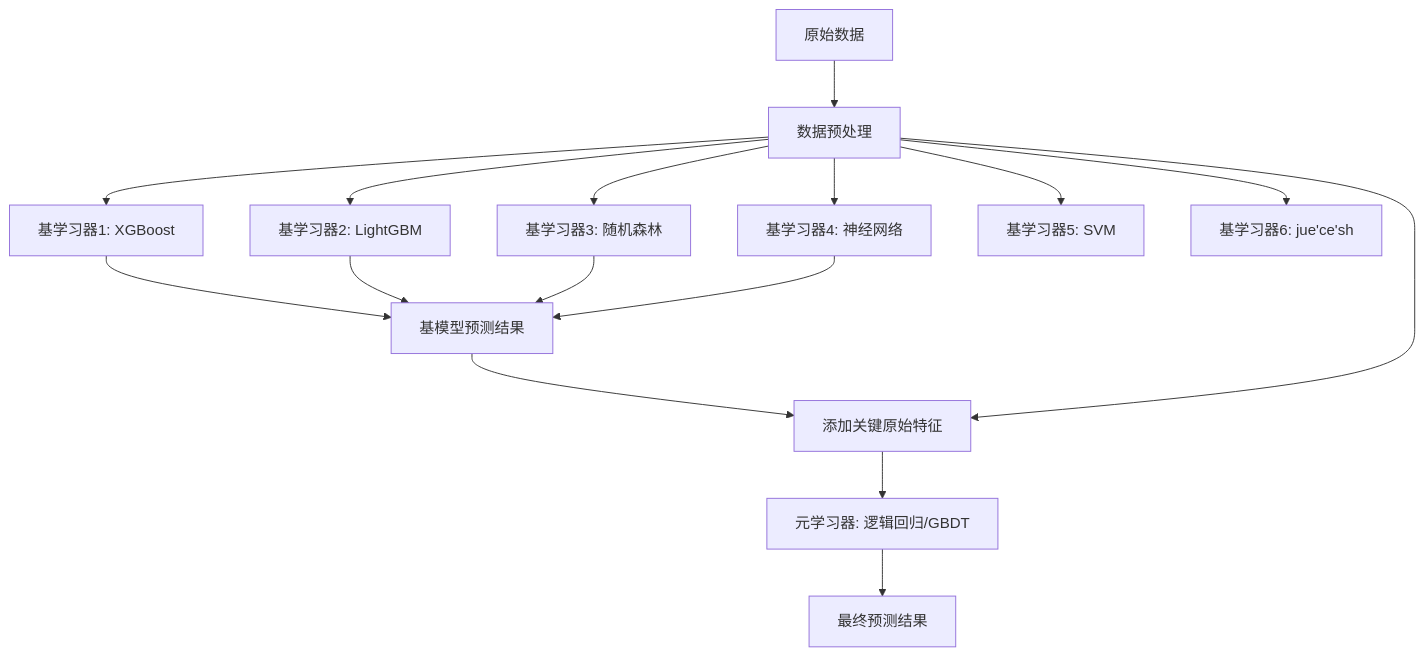
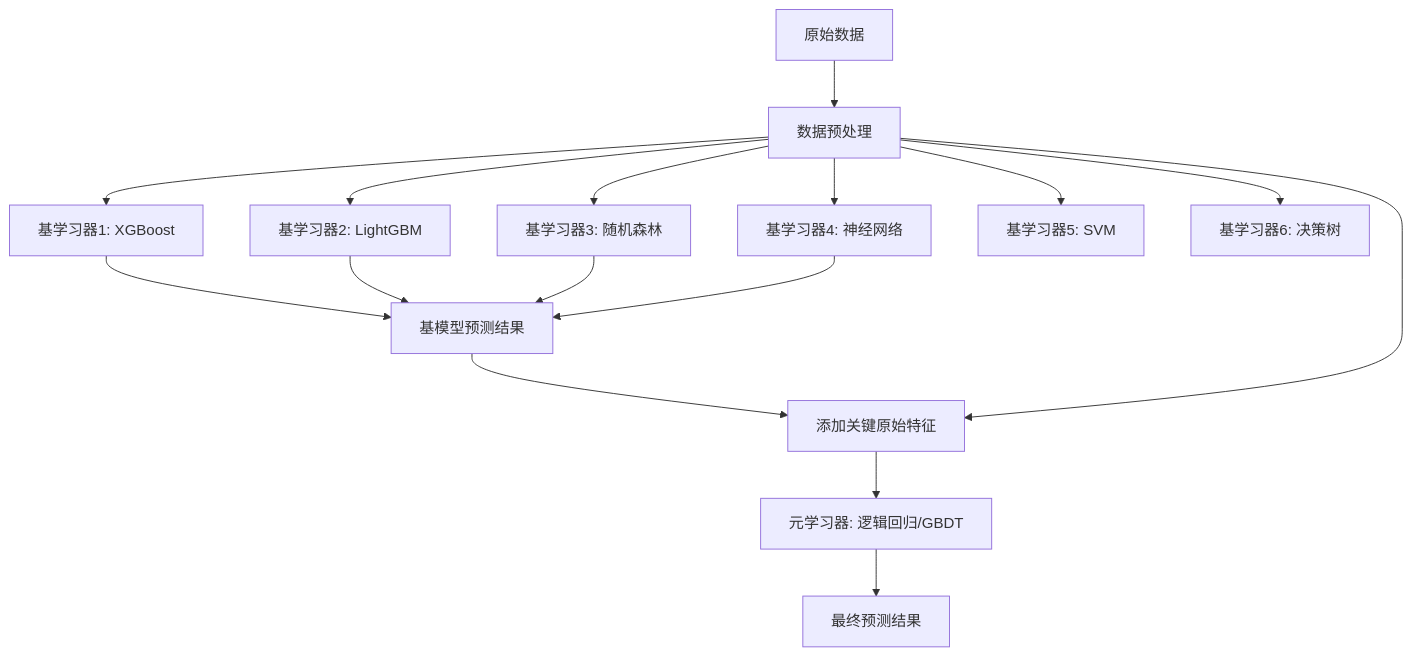
Before and after one commit to fromwhitetoblack/iodraw-files: the diagram in all/未命名.md, drawn with Mermaid.

Commit message:
2025-03-20 15:08:48 update

````diff
--- a/all/未命名.md
+++ b/all/未命名.md
@@ -1,18 +1,18 @@
 ```mermaid
 graph TD
     A[原始数据] --> B[数据预处理]
     B --> C1[基学习器1: XGBoost]
     B --> C2[基学习器2: LightGBM]
     B --> C3[基学习器3: 随机森林]
     B --> C4[基学习器4: 神经网络]
     B --> C5[基学习器5: SVM]
-    B --> C6[基学习器6: jue'ce'sh]
+    B --> C6[基学习器6: 决策树]
     C1 --> D[基模型预测结果]
     C2 --> D
     C3 --> D
     C4 --> D
     D --> E[元学习器输入特征]
     B --> E[添加关键原始特征]
     E --> F[元学习器: 逻辑回归/GBDT]
     F --> G[最终预测结果]
 ```
````
